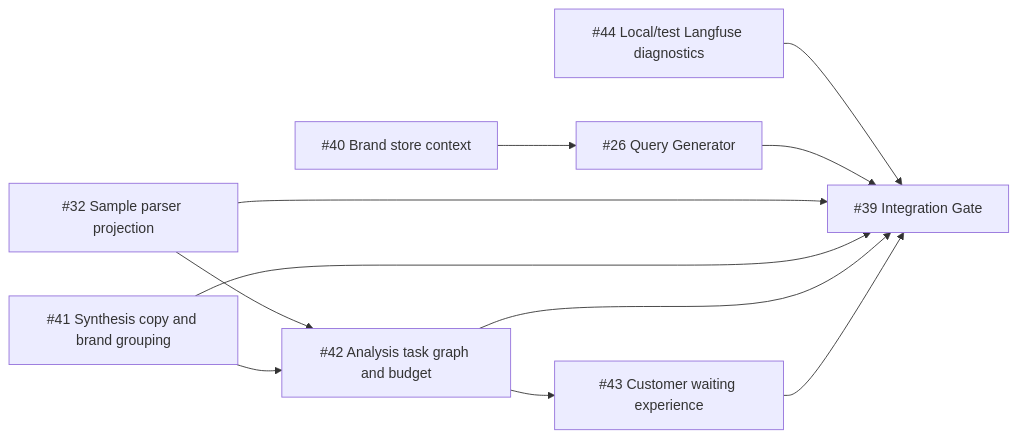
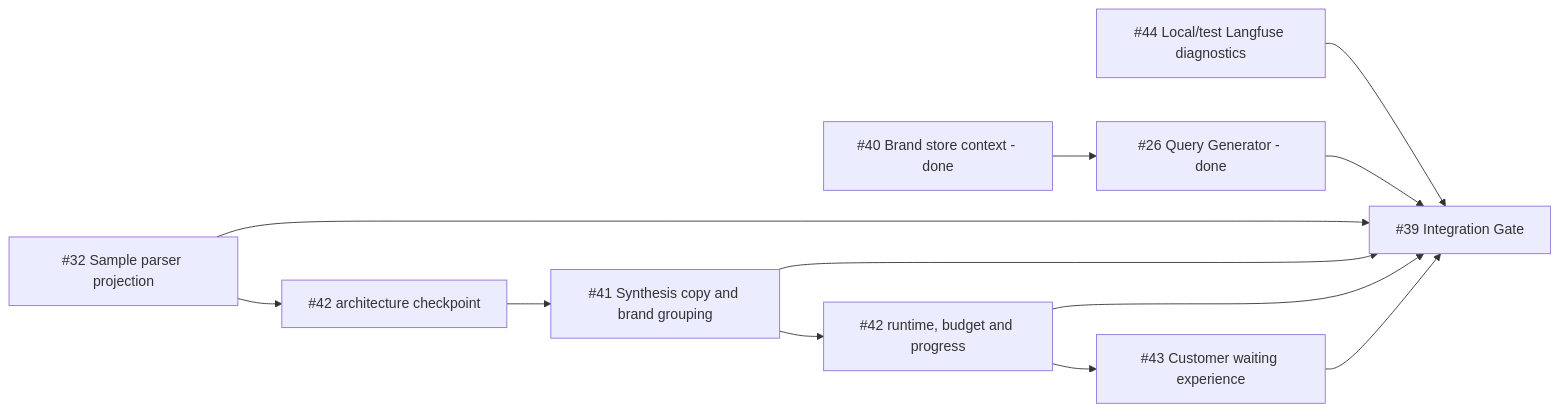
One commit to ZETAVI/GEOEval changed the diagram in openspec/changes/close-m4-evaluation-quality-efficiency-and-waiting/design.md. Above: the diagram before and after it, drawn with Mermaid. The commit also changed other lines of this file and 4 other files, not shown here.

````diff
--- a/openspec/changes/close-m4-evaluation-quality-efficiency-and-waiting/design.md
+++ b/openspec/changes/close-m4-evaluation-quality-efficiency-and-waiting/design.md
@@ -13,13 +13,14 @@
 ```mermaid
 flowchart LR
-  I40["#40 Brand store context"] --> I26["#26 Query Generator"]
-  I32["#32 Sample parser projection"] --> I42["#42 Analysis task graph and budget"]
-  I41["#41 Synthesis copy and brand grouping"] --> I42
-  I42 --> I43["#43 Customer waiting experience"]
+  I40["#40 Brand store context - done"] --> I26["#26 Query Generator - done"]
+  I32["#32 Sample parser projection"] --> I42A["#42 architecture checkpoint"]
+  I42A --> I41["#41 Synthesis copy and brand grouping"]
+  I41 --> I42B["#42 runtime, budget and progress"]
+  I42B --> I43["#43 Customer waiting experience"]
   I44["#44 Local/test Langfuse diagnostics"] --> G["#39 Integration Gate"]
   I26 --> G
   I32 --> G
   I41 --> G
-  I42 --> G
+  I42B --> G
   I43 --> G
 ```
````
